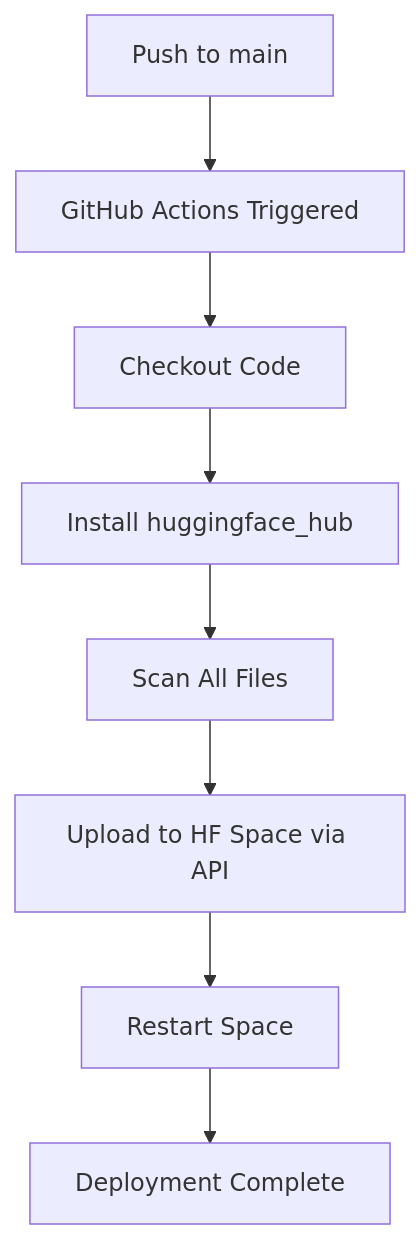
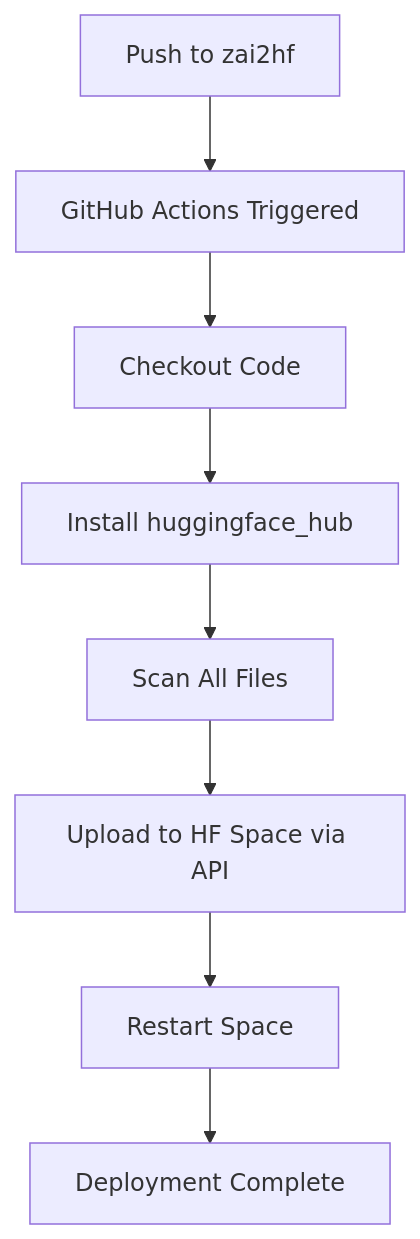
Before and after one commit to iudd/zai.is-2api-python: the diagram in HUGGINGFACE_SPACES.md, drawn with Mermaid. The commit also changed other lines of this file, not shown here.

Commit message:
Update docs to reflect zai2hf branch trigger

````diff
--- a/HUGGINGFACE_SPACES.md
+++ b/HUGGINGFACE_SPACES.md
@@ -71,10 +71,10 @@
 ```mermaid
 graph TB
-    A[Push to main] --> B[GitHub Actions Triggered]
+    A[Push to zai2hf] --> B[GitHub Actions Triggered]
     B --> C[Checkout Code]
     C --> D[Install huggingface_hub]
     D --> E[Scan All Files]
     E --> F[Upload to HF Space via API]
     F --> G[Restart Space]
     G --> H[Deployment Complete]
 ```
````
